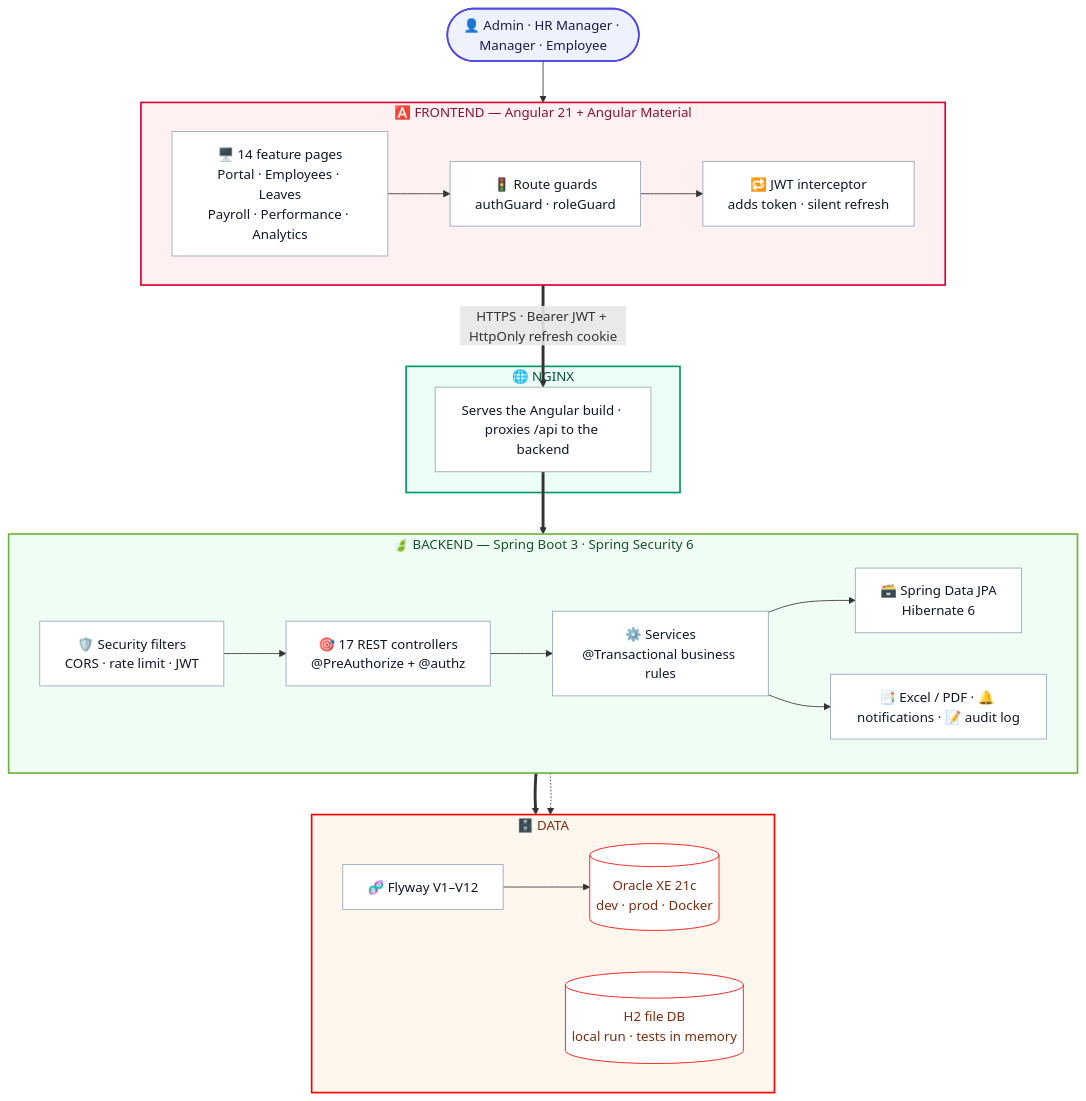
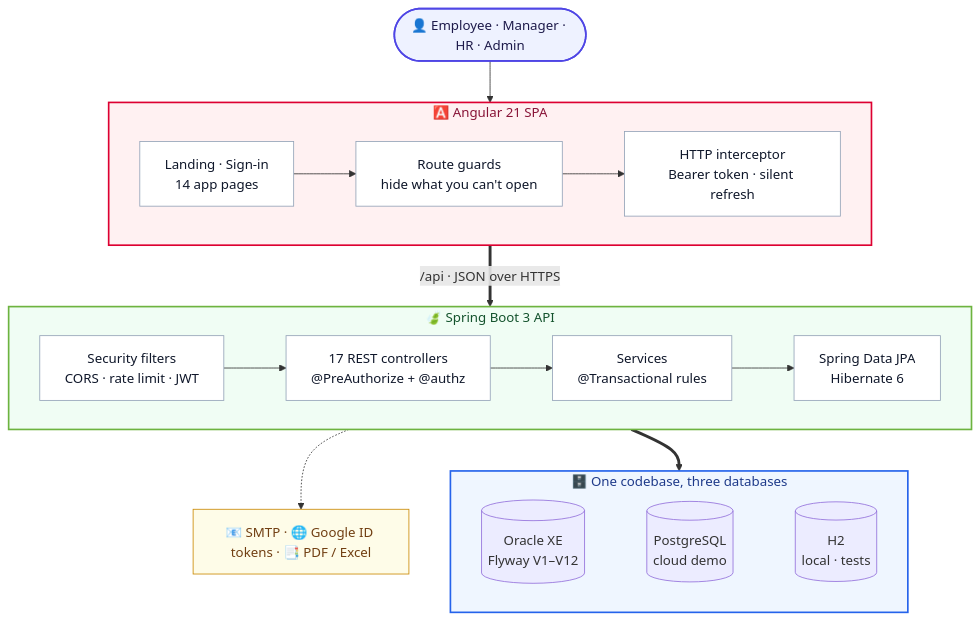
Before and after one commit to ayukaushik1357-bit/HRGenius: the first of 7 diagrams in README.md, drawn with Mermaid. The commit also changed other lines of this file, not shown here.

First line of the commit message:
docs: shorter README with new architecture diagrams

````diff
--- a/README.md
+++ b/README.md
@@ -36,52 +38,36 @@
 ```mermaid
 flowchart TB
-    U(["👤 Admin · HR Manager · Manager · Employee"])
+    U(["👤 Employee · Manager · HR · Admin"])
 
-    subgraph FE["🅰️  FRONTEND — Angular 21 + Angular Material"]
+    subgraph CLIENT["🅰️ Angular 21 SPA"]
         direction LR
-        UI["🖥️ 14 feature pages<br/>Portal · Employees · Leaves<br/>Payroll · Performance · Analytics"]
-        G["🚦 Route guards<br/>authGuard · roleGuard"]
-        I["🔁 JWT interceptor<br/>adds token · silent refresh"]
-        UI --> G --> I
+        P["Landing · Sign-in<br/>14 app pages"] --> GU["Route guards<br/>hide what you can't open"] --> IC["HTTP interceptor<br/>Bearer token · silent refresh"]
     end
 
-    subgraph EDGE["🌐  NGINX"]
-        N["Serves the Angular build · proxies /api to the backend"]
+    subgraph SERVER["🍃 Spring Boot 3 API"]
+        direction LR
+        F["Security filters<br/>CORS · rate limit · JWT"] --> C["17 REST controllers<br/>@PreAuthorize + @authz"] --> S["Services<br/>@Transactional rules"] --> R["Spring Data JPA<br/>Hibernate 6"]
     end
 
-    subgraph BE["🍃  BACKEND — Spring Boot 3 · Spring Security 6"]
+    subgraph DATA["🗄️ One codebase, three databases"]
         direction LR
-        SEC["🛡️ Security filters<br/>CORS · rate limit · JWT"]
-        C["🎯 17 REST controllers<br/>@PreAuthorize + @authz"]
-        S["⚙️ Services<br/>@Transactional business rules"]
-        R["🗃️ Spring Data JPA<br/>Hibernate 6"]
-        SEC --> C --> S --> R
-        S --> X["📑 Excel / PDF · 🔔 notifications · 📝 audit log"]
+        O[("Oracle XE<br/>Flyway V1–V12")] ~~~ PG[("PostgreSQL<br/>cloud demo")] ~~~ H[("H2<br/>local · tests")]
     end
 
-    subgraph DB["🗄️  DATA"]
-        direction LR
-        F["🧬 Flyway V1–V12"]
-        O[("Oracle XE 21c<br/>dev · prod · Docker")]
-        H[("H2 file DB<br/>local run · tests in memory")]
-        F --> O
-    end
+    EXT["📧 SMTP · 🌐 Google ID tokens · 📑 PDF / Excel"]
 
-    U --> UI
-    I == "HTTPS · Bearer JWT + HttpOnly refresh cookie" ==> N
-    N ==> SEC
-    R ==> O
-    R -.-> H
+    U --> P
+    IC == "/api · JSON over HTTPS" ==> F
+    R ==> DATA
+    S -.-> EXT
 
-    style FE fill:#FFF1F2,stroke:#DD0031,stroke-width:2px,color:#881337
-    style EDGE fill:#ECFDF5,stroke:#059669,stroke-width:2px,color:#064E3B
-    style BE fill:#F0FDF4,stroke:#6DB33F,stroke-width:2px,color:#14532D
-    style DB fill:#FFF7ED,stroke:#F80000,stroke-width:2px,color:#7C2D12
-
-    classDef node fill:#FFFFFF,stroke:#94A3B8,color:#0F172A
+    style CLIENT fill:#FFF1F2,stroke:#DD0031,stroke-width:2px,color:#881337
+    style SERVER fill:#F0FDF4,stroke:#6DB33F,stroke-width:2px,color:#14532D
+    style DATA fill:#EFF6FF,stroke:#2563EB,stroke-width:2px,color:#1E3A8A
+    classDef box fill:#FFFFFF,stroke:#94A3B8,color:#0F172A
+    classDef ext fill:#FEFCE8,stroke:#CA8A04,color:#713F12
     classDef user fill:#EEF2FF,stroke:#4F46E5,stroke-width:2px,color:#1E1B4B
-    classDef store fill:#FFFFFF,stroke:#F80000,color:#7C2D12
-    class UI,G,I,N,SEC,C,S,R,X,F node
-    class O,H store
+    class P,GU,IC,F,C,S,R box
+    class EXT ext
     class U user
 ```
````
